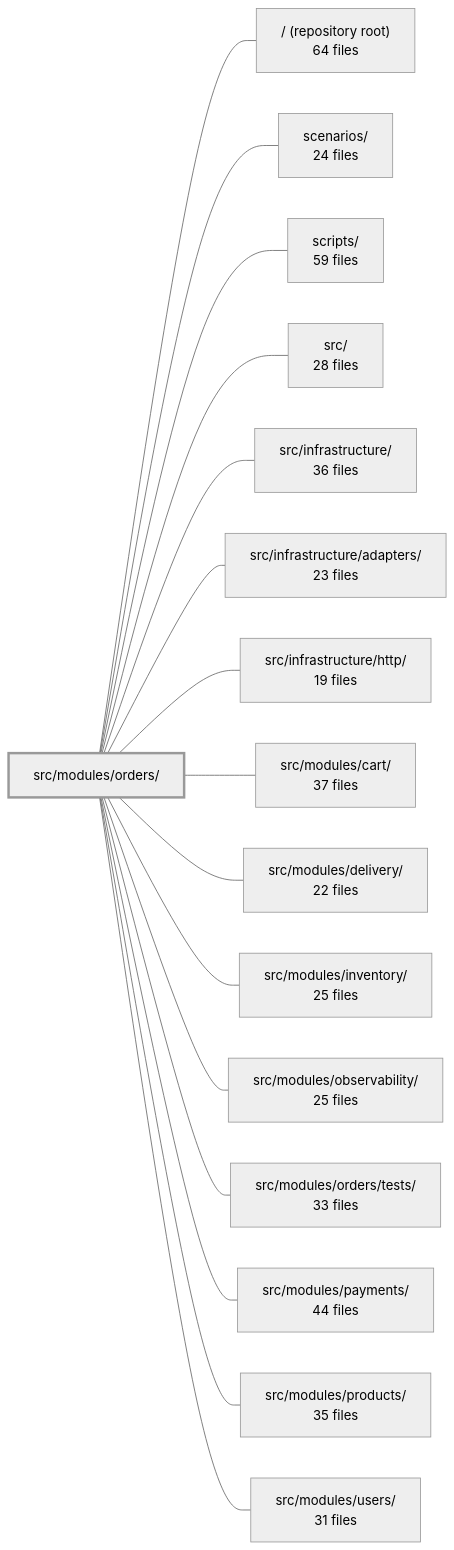
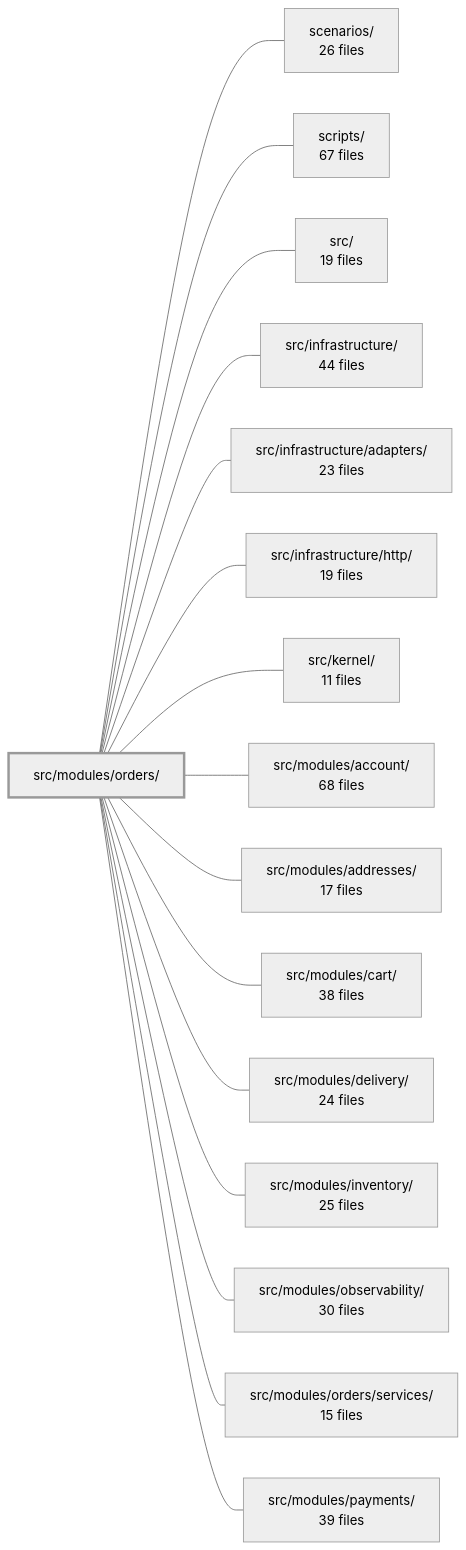
The diagram in .2brain/modules/boilerplate-node-backend_src_modules_orders.md (Guebbit/boilerplate-node-backend), drawn with Mermaid (neutral theme) before and after one commit. The commit also changed other lines of this file and 137 other files, not shown here.

````diff
--- a/.2brain/modules/boilerplate-node-backend_src_modules_orders.md
+++ b/.2brain/modules/boilerplate-node-backend_src_modules_orders.md
@@ -45,35 +45,35 @@
 ```mermaid
 flowchart LR
     m_src_modules_orders["src/modules/orders/"]
-    m_root["/ (repository root)<br/>64 files"]
-    m_scenarios["scenarios/<br/>24 files"]
-    m_scripts["scripts/<br/>59 files"]
-    m_src["src/<br/>28 files"]
-    m_src_infrastructure["src/infrastructure/<br/>36 files"]
+    m_scenarios["scenarios/<br/>26 files"]
+    m_scripts["scripts/<br/>67 files"]
+    m_src["src/<br/>19 files"]
+    m_src_infrastructure["src/infrastructure/<br/>44 files"]
     m_src_infrastructure_adapters["src/infrastructure/adapters/<br/>23 files"]
     m_src_infrastructure_http["src/infrastructure/http/<br/>19 files"]
-    m_src_modules_cart["src/modules/cart/<br/>37 files"]
-    m_src_modules_delivery["src/modules/delivery/<br/>22 files"]
+    m_src_kernel["src/kernel/<br/>11 files"]
+    m_src_modules_account["src/modules/account/<br/>68 files"]
+    m_src_modules_addresses["src/modules/addresses/<br/>17 files"]
+    m_src_modules_cart["src/modules/cart/<br/>38 files"]
+    m_src_modules_delivery["src/modules/delivery/<br/>24 files"]
     m_src_modules_inventory["src/modules/inventory/<br/>25 files"]
-    m_src_modules_observability["src/modules/observability/<br/>25 files"]
-    m_src_modules_orders_tests["src/modules/orders/tests/<br/>33 files"]
-    m_src_modules_payments["src/modules/payments/<br/>44 files"]
-    m_src_modules_products["src/modules/products/<br/>35 files"]
-    m_src_modules_users["src/modules/users/<br/>31 files"]
-    m_src_modules_orders --- m_root
+    m_src_modules_observability["src/modules/observability/<br/>30 files"]
+    m_src_modules_orders_services["src/modules/orders/services/<br/>15 files"]
+    m_src_modules_payments["src/modules/payments/<br/>39 files"]
     m_src_modules_orders --- m_scenarios
     m_src_modules_orders --- m_scripts
     m_src_modules_orders --- m_src
     m_src_modules_orders --- m_src_infrastructure
     m_src_modules_orders --- m_src_infrastructure_adapters
     m_src_modules_orders --- m_src_infrastructure_http
+    m_src_modules_orders --- m_src_kernel
+    m_src_modules_orders --- m_src_modules_account
+    m_src_modules_orders --- m_src_modules_addresses
     m_src_modules_orders --- m_src_modules_cart
     m_src_modules_orders --- m_src_modules_delivery
     m_src_modules_orders --- m_src_modules_inventory
     m_src_modules_orders --- m_src_modules_observability
-    m_src_modules_orders --- m_src_modules_orders_tests
+    m_src_modules_orders --- m_src_modules_orders_services
     m_src_modules_orders --- m_src_modules_payments
-    m_src_modules_orders --- m_src_modules_products
-    m_src_modules_orders --- m_src_modules_users
     style m_src_modules_orders stroke-width:3px
 ```
````
